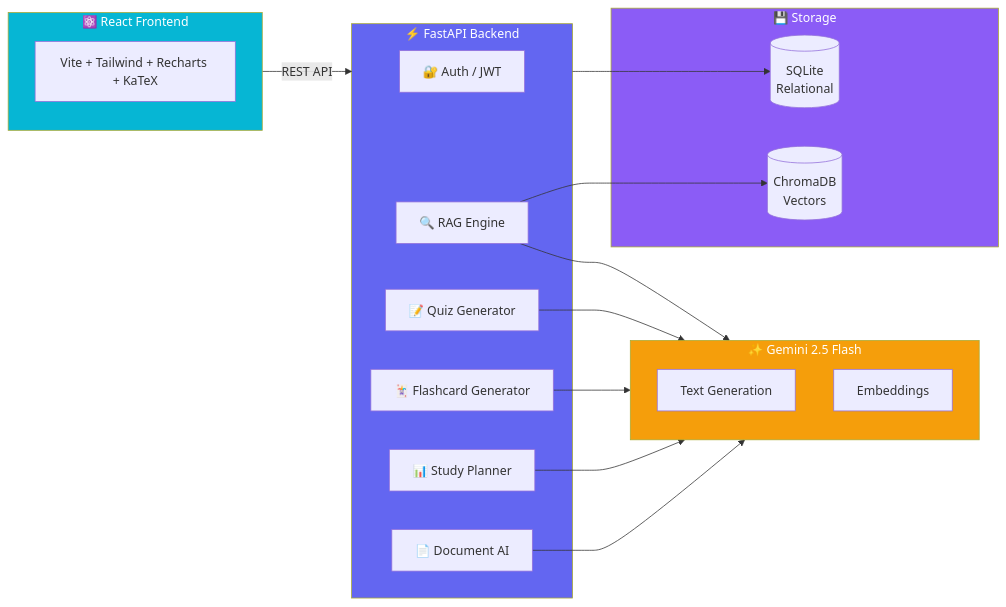
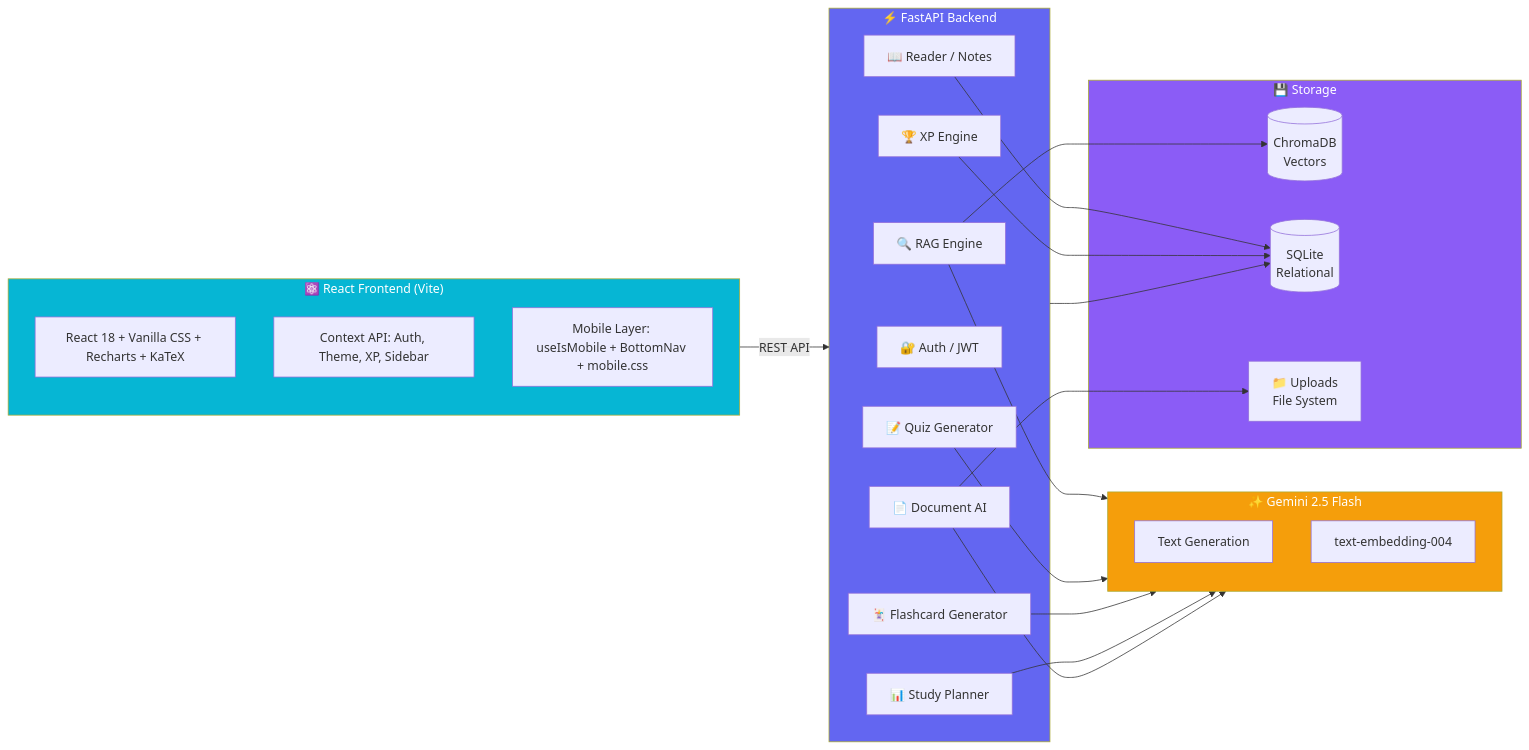
One commit to Twarit01/StudyBuddy changed the second of 2 diagrams in README.md. Above: the diagram before and after it, drawn with Mermaid. The commit also changed other lines of this file and 15 other files, not shown here.

````diff
--- a/README.md
+++ b/README.md
@@ -109,39 +159,47 @@
 ```mermaid
 flowchart LR
-    subgraph Frontend["⚛️ React Frontend"]
-        UI[Vite + Tailwind + Recharts + KaTeX]
+    subgraph Frontend["⚛️ React Frontend (Vite)"]
+        UI[React 18 + Vanilla CSS + Recharts + KaTeX]
+        CTX[Context API: Auth, Theme, XP, Sidebar]
+        MOB[Mobile Layer: useIsMobile + BottomNav + mobile.css]
     end
 
     subgraph Backend["⚡ FastAPI Backend"]
         Auth[🔐 Auth / JWT]
         RAG[🔍 RAG Engine]
         QG[📝 Quiz Generator]
         FC[🃏 Flashcard Generator]
         SP[📊 Study Planner]
         DA[📄 Document AI]
+        RD[📖 Reader / Notes]
+        XP[🏆 XP Engine]
     end
 
     subgraph AI["✨ Gemini 2.5 Flash"]
         GEN[Text Generation]
-        EMB[Embeddings]
+        EMB[text-embedding-004]
     end
 
     subgraph Storage["💾 Storage"]
         VEC[(ChromaDB\nVectors)]
         DB[(SQLite\nRelational)]
+        FS[📁 Uploads\nFile System]
     end
 
     Frontend -->|REST API| Backend
     RAG --> AI
     QG --> AI
     FC --> AI
     SP --> AI
     DA --> AI
+    RD --> DB
+    XP --> DB
     RAG --> VEC
+    DA --> FS
     Backend --> DB
 
     style Frontend fill:#06B6D4,color:#fff
     style Backend fill:#6366F1,color:#fff
     style AI fill:#F59E0B,color:#fff
     style Storage fill:#8B5CF6,color:#fff
 ```
````
